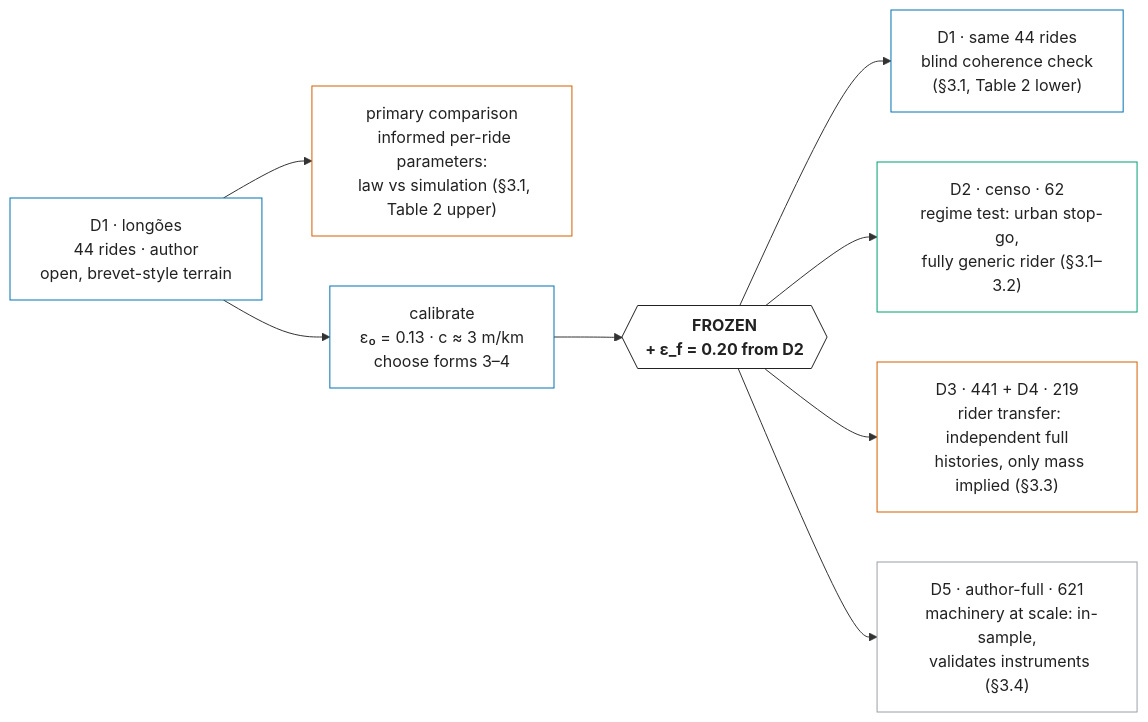
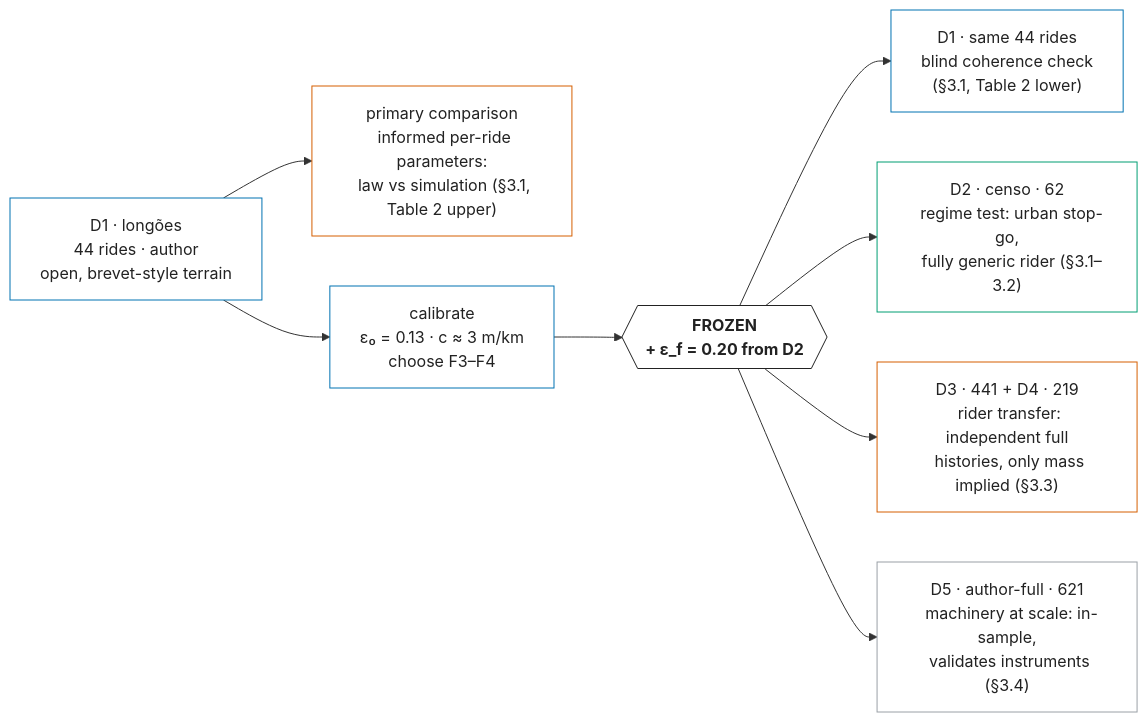
Before and after one commit to danlessa/bicycling-energy-model: the second of 2 diagrams in research/article/paper1-closed-form.md, drawn with Mermaid. The commit also changed other lines of this file and 6 other files, not shown here.

````diff
--- a/research/article/paper1-closed-form.md
+++ b/research/article/paper1-closed-form.md
@@ -266,37 +305,37 @@
 ```mermaid
 flowchart LR
   D1c["D1 · longões
   44 rides · author
   open, brevet-style terrain"] --> PRIM["primary comparison
   informed per-ride parameters:
   law vs simulation (§3.1, Table 2 upper)"]
   D1c --> CAL["calibrate
   ε₀ = 0.13 · c ≈ 3 m/km
-  choose forms 3–4"]
+  choose F3–F4"]
   CAL --> FR{{"FROZEN
   + ε_f = 0.20 from D2"}}
   FR --> T1["D1 · same 44 rides
   blind coherence check
   (§3.1, Table 2 lower)"]
   FR --> T2["D2 · censo · 62
   regime test: urban stop-go,
   fully generic rider (§3.1–3.2)"]
   FR --> T3["D3 · 441 + D4 · 219
   rider transfer: independent full
   histories, only mass implied (§3.3)"]
   FR --> T4["D5 · author-full · 621
   machinery at scale: in-sample,
   validates instruments (§3.4)"]
   classDef blue stroke:#0072B2,fill:#fff,color:#222
   classDef verm stroke:#D55E00,fill:#fff,color:#222
   classDef green stroke:#009E73,fill:#fff,color:#222
   classDef grey stroke:#9aa0a6,fill:#fff,color:#222
   classDef ink stroke:#222222,fill:#fff,color:#222,font-weight:bold
   class D1c,T1 blue
   class PRIM verm
   class CAL blue
   class T2 green
   class T3 verm
   class T4 grey
   class FR ink
 ```
````
